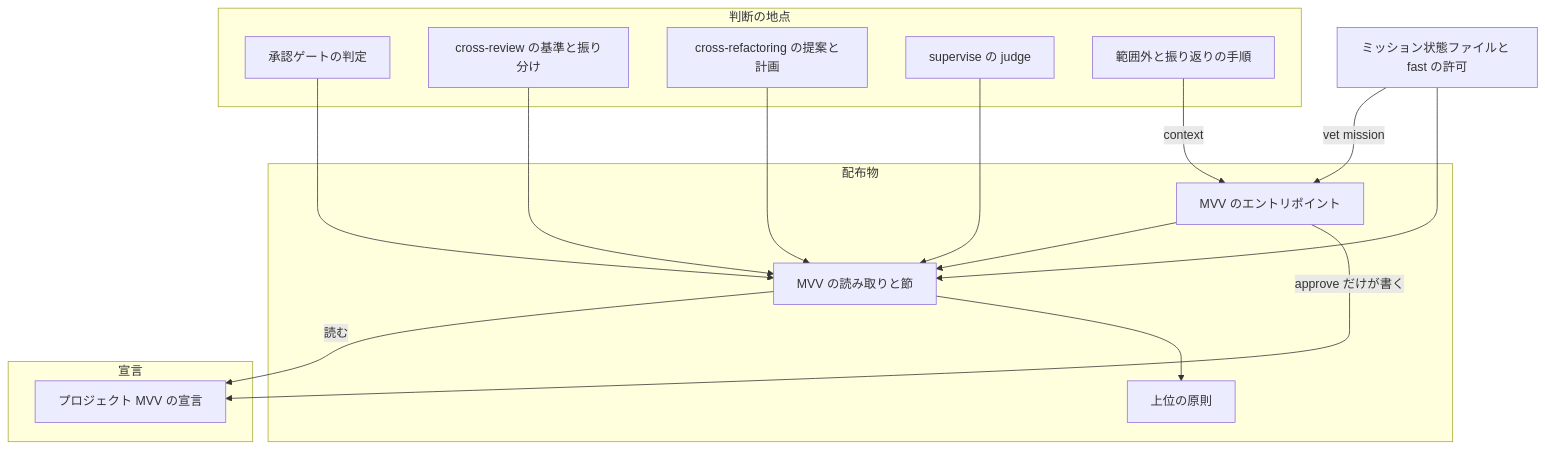
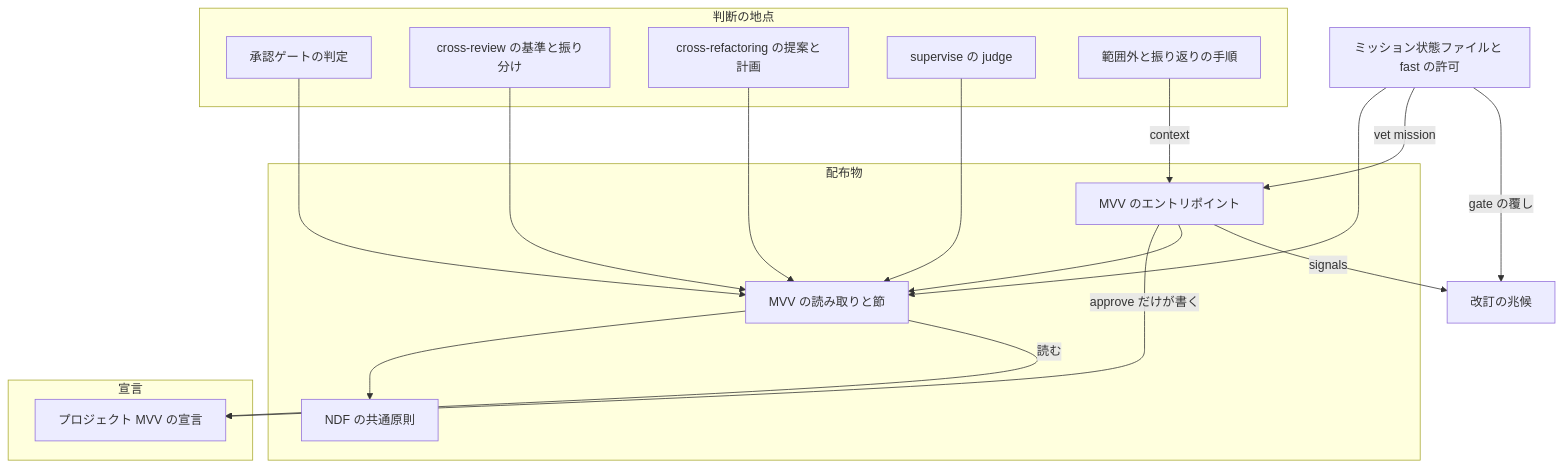
The first of 8 diagrams in issues/issue-1366-design.md (devbasex/ai-plugins), drawn with Mermaid before and after one commit. The commit also changed other lines of this file and 6 other files, not shown here.

````diff
--- a/issues/issue-1366-design.md
+++ b/issues/issue-1366-design.md
@@ -147,30 +164,32 @@
 ```mermaid
 graph TD
     subgraph 配布物
-        P[上位の原則]
+        P[NDF の共通原則]
         L[MVV の読み取りと節]
         E[MVV のエントリポイント]
     end
     subgraph 宣言
         D[プロジェクト MVV の宣言]
     end
     subgraph 判断の地点
         G[承認ゲートの判定]
         R[cross-review の基準と振り分け]
         F[cross-refactoring の提案と計画]
         J[supervise の judge]
         O[範囲外と振り返りの手順]
     end
     M[ミッション状態ファイルと fast の許可]
     E -->|approve だけが書く| D
     E --> L
     L --> P
     L -->|読む| D
     G --> L
     R --> L
     F --> L
     J --> L
     O -->|context| E
     M --> L
     M -->|vet mission| E
+    M -->|gate の覆し| SG[改訂の兆候]
+    E -->|signals| SG
 ```
````
